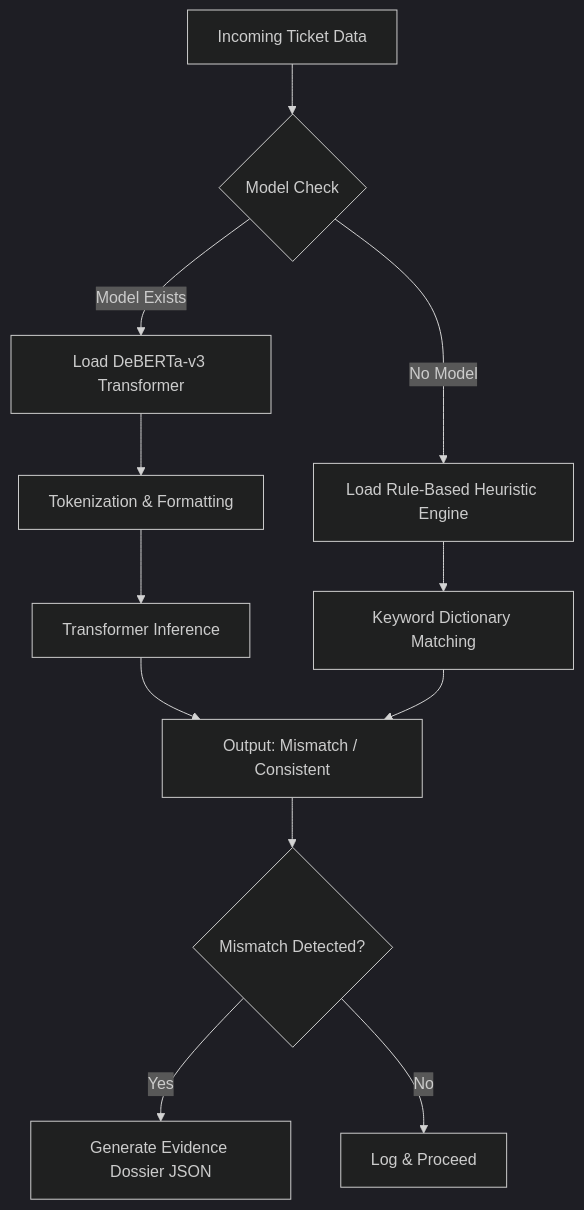
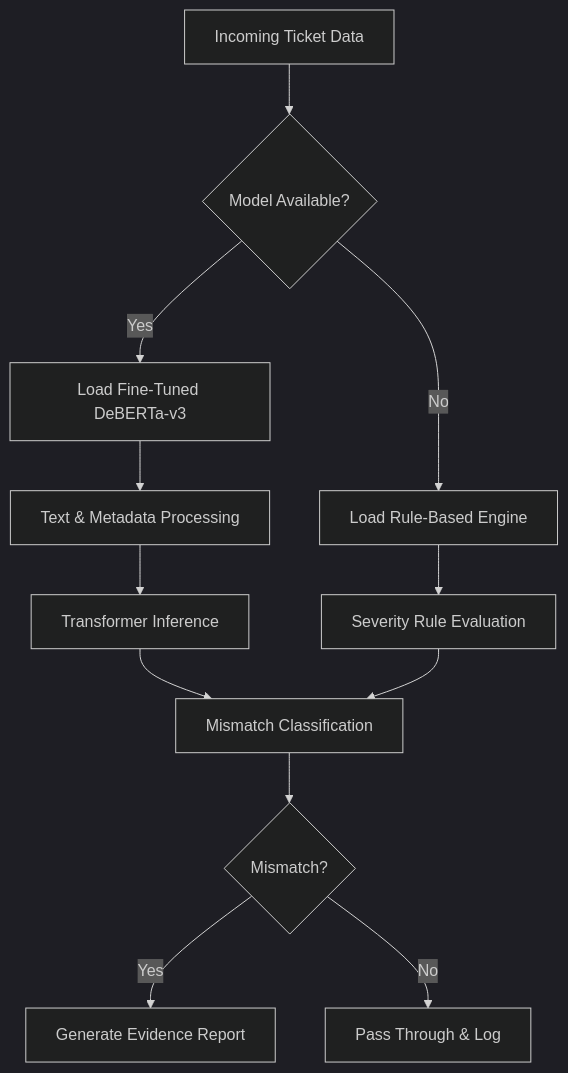
The diagram in README.md (codingkaddu/S_I_A), drawn with Mermaid (dark theme) before and after one commit. The commit also changed other lines of this file, not shown here.

````diff
--- a/README.md
+++ b/README.md
@@ -16,17 +29,19 @@
 ```mermaid
 graph TD
-    A[Incoming Ticket Data] --> B{Model Check}
-    B -- Model Exists --> C[Load DeBERTa-v3 Transformer]
-    B -- No Model --> D[Load Rule-Based Heuristic Engine]
-    
-    C --> E[Tokenization & Formatting]
-    D --> F[Keyword Dictionary Matching]
-    
+    A[Incoming Ticket Data] --> B{Model Available?}
+
+    B -- Yes --> C[Load Fine-Tuned DeBERTa-v3]
+    B -- No --> D[Load Rule-Based Engine]
+
+    C --> E[Text & Metadata Processing]
+    D --> F[Severity Rule Evaluation]
+
     E --> G[Transformer Inference]
-    G --> H[Output: Mismatch / Consistent]
+    G --> H[Mismatch Classification]
     F --> H
-    
-    H --> I{Mismatch Detected?}
-    I -- Yes --> J[Generate Evidence Dossier JSON]
-    I -- No --> K[Log & Proceed]
+
+    H --> I{Mismatch?}
+
+    I -- Yes --> J[Generate Evidence Report]
+    I -- No --> K[Pass Through & Log]
 ```
````
